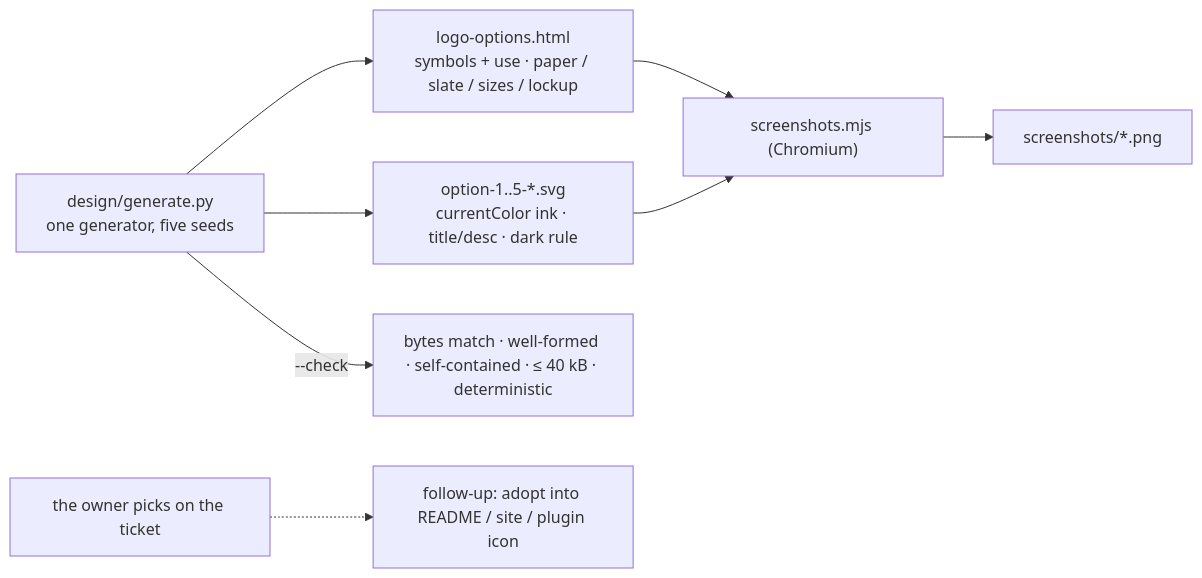
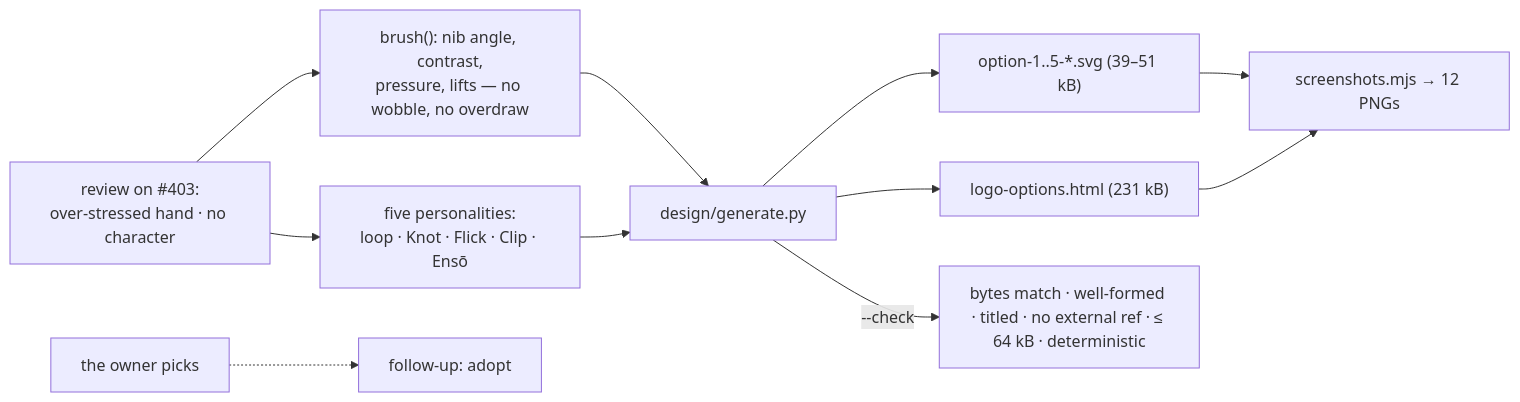
One commit to MadaraUchiha-314/the-loop changed the diagram in docs/specs/issue-398/evidence/reviewer-briefing.md. Above: the diagram before and after it, drawn with Mermaid. The commit also changed other lines of this file and 41 other files, not shown here.

````diff
--- a/docs/specs/issue-398/evidence/reviewer-briefing.md
+++ b/docs/specs/issue-398/evidence/reviewer-briefing.md
@@ -38,9 +37,11 @@
 ```mermaid
 flowchart LR
-  GEN["design/generate.py<br/>one generator, five seeds"] --> SVG["option-1..5-*.svg<br/>currentColor ink · title/desc · dark rule"]
-  GEN --> GAL["logo-options.html<br/>symbols + use · paper / slate / sizes / lockup"]
-  GEN -->|"--check"| GATE["bytes match · well-formed · self-contained · ≤ 40 kB · deterministic"]
-  GAL --> SS["screenshots.mjs (Chromium)"] --> PNG["screenshots/*.png"]
-  SVG --> SS
-  PICK["the owner picks on the ticket"] -.-> NEXT["follow-up: adopt into README / site / plugin icon"]
+  REV["review on #403:<br/>over-stressed hand · no character"] --> BR["brush(): nib angle, contrast,<br/>pressure, lifts — no wobble, no overdraw"]
+  REV --> FIVE["five personalities:<br/>loop · Knot · Flick · Clip · Ensō"]
+  BR --> GEN["design/generate.py"]
+  FIVE --> GEN
+  GEN --> SVG["option-1..5-*.svg (39–51 kB)"] --> SS["screenshots.mjs → 12 PNGs"]
+  GEN --> GAL["logo-options.html (231 kB)"] --> SS
+  GEN -->|"--check"| GATE["bytes match · well-formed · titled · no external ref · ≤ 64 kB · deterministic"]
+  PICK["the owner picks"] -.-> NEXT["follow-up: adopt"]
 ```
````
